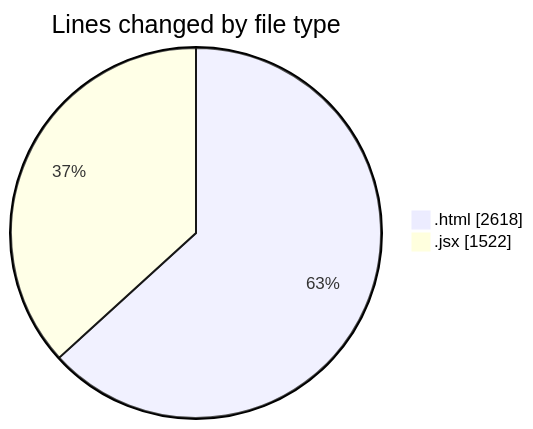
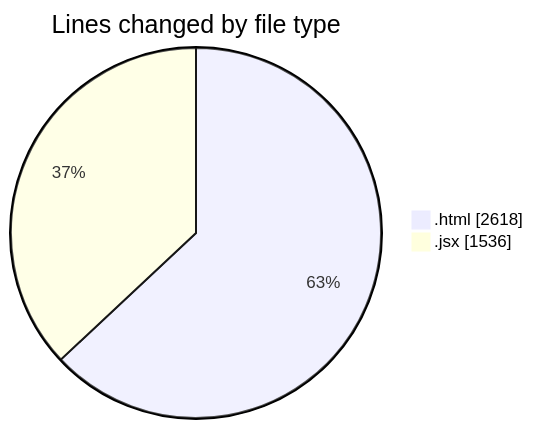
Before and after one commit to nxtqubesakshisongat/code-tracking: the first of 2 diagrams in 2025-08-08/nxtqube_webapp/README.md, drawn with Mermaid. The commit also changed other lines of this file and 1 other file, not shown here.

````diff
--- a/2025-08-08/nxtqube_webapp/README.md
+++ b/2025-08-08/nxtqube_webapp/README.md
@@ -22,6 +22,6 @@
 ```mermaid
 pie showData
 title Lines changed by file type
 ".html" : 2618
-".jsx" : 1522
+".jsx" : 1536
 ```
````
